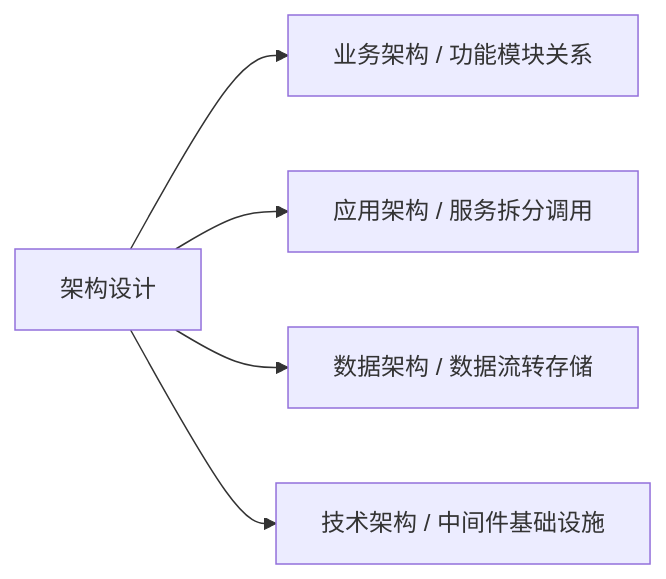
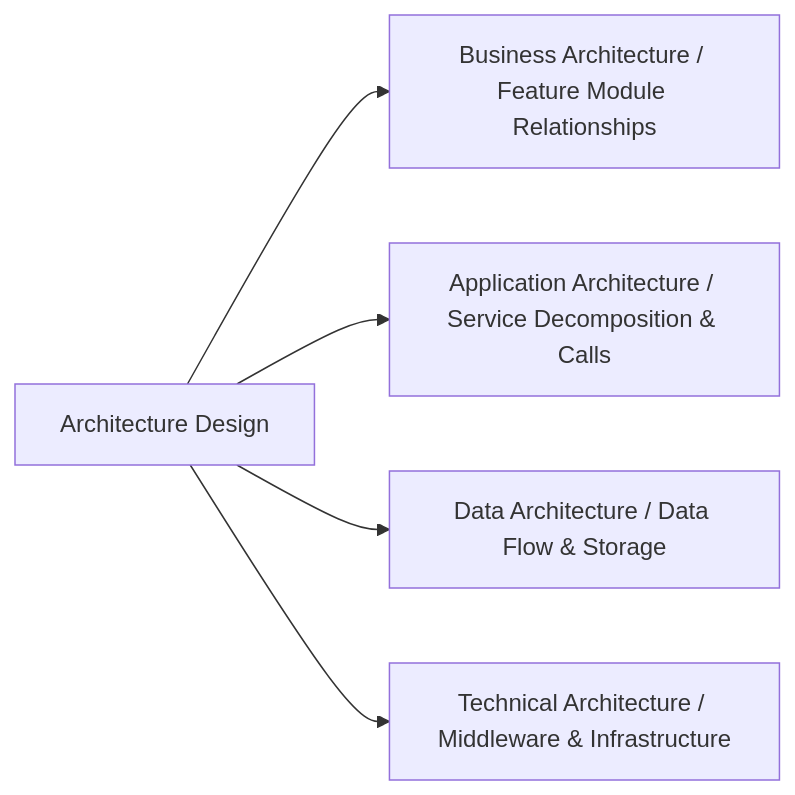
The second of 4 diagrams in templates/产品/README.md (Kirky-X/cangjie), drawn with Mermaid before and after one commit. The commit also changed other lines of this file and 46 other files, not shown here.

````diff
--- a/templates/产品/README.md
+++ b/templates/产品/README.md
@@ -198,7 +198,7 @@
 ```mermaid
 flowchart LR
-    A[架构设计] --> B[业务架构 / 功能模块关系]
-    A --> C[应用架构 / 服务拆分调用]
-    A --> D[数据架构 / 数据流转存储]
-    A --> E[技术架构 / 中间件基础设施]
+    A[Architecture Design] --> B[Business Architecture / Feature Module Relationships]
+    A --> C[Application Architecture / Service Decomposition & Calls]
+    A --> D[Data Architecture / Data Flow & Storage]
+    A --> E[Technical Architecture / Middleware & Infrastructure]
 ```
````
